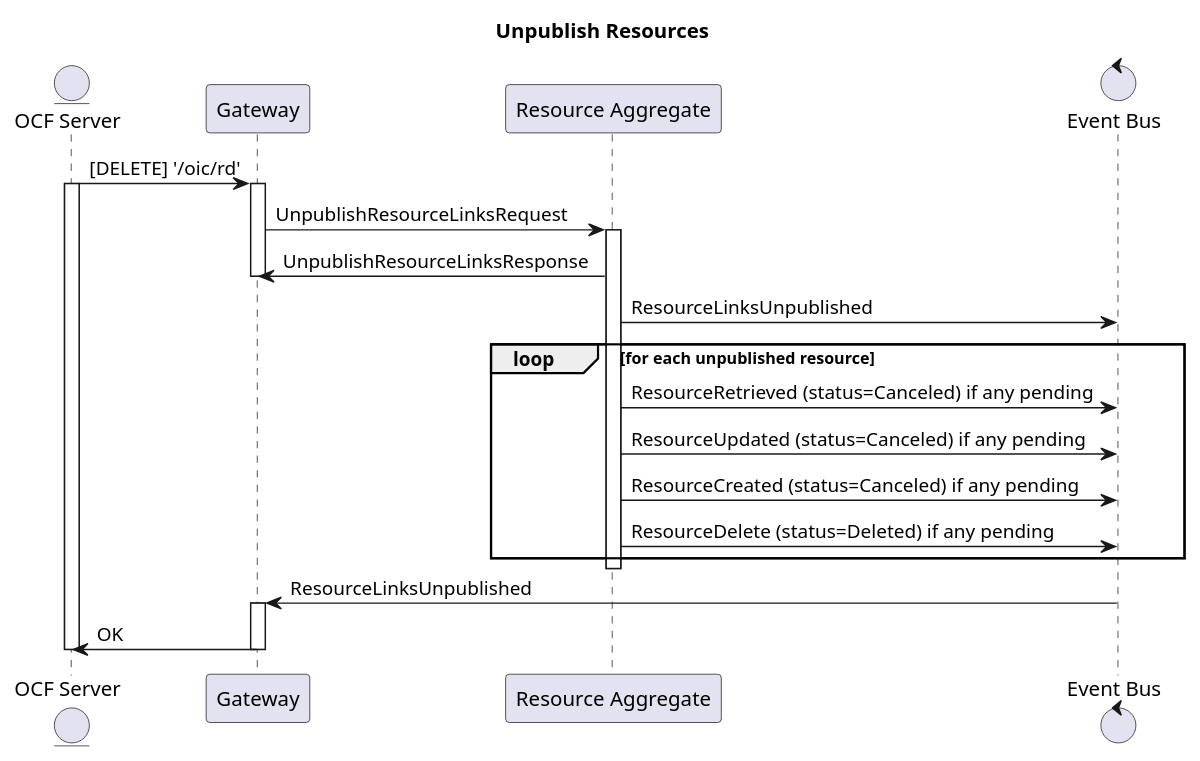
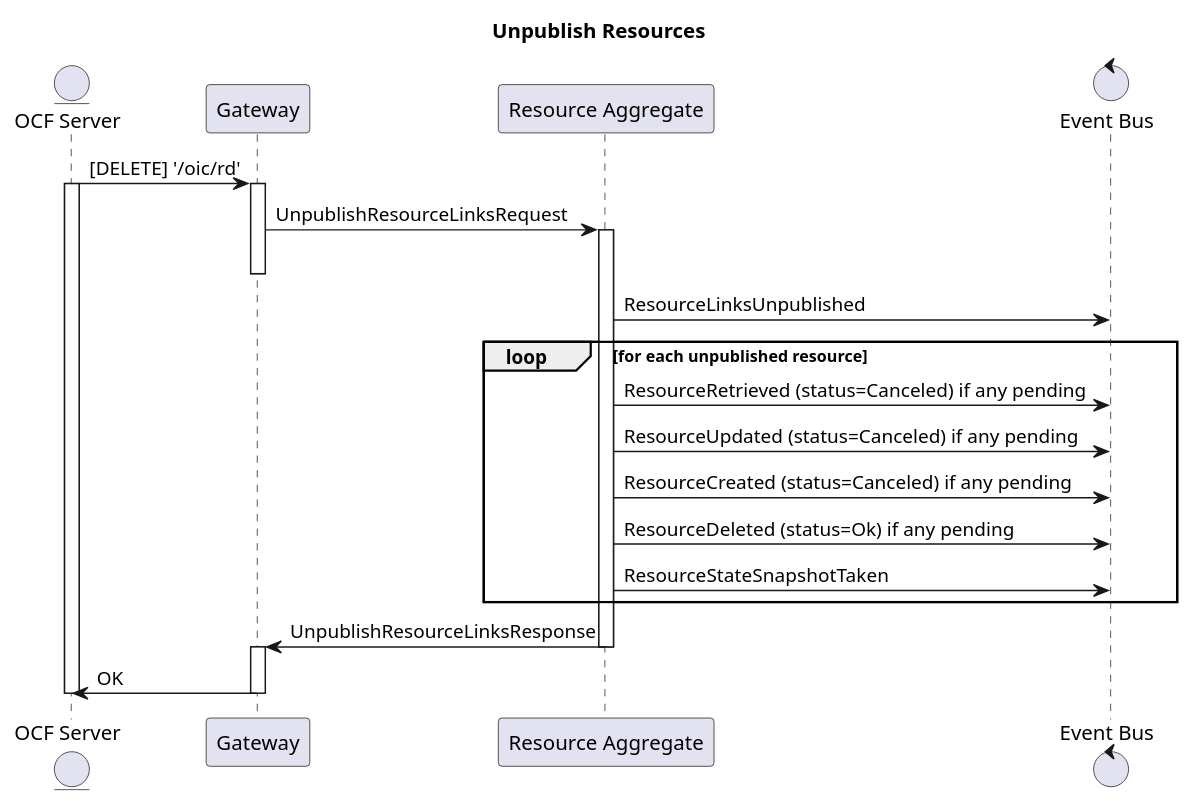
Before and after one commit to plgd-dev/hub: the second of 11 diagrams in resource-aggregate/.plantuml, drawn with PlantUML. The commit also changed other lines of this file and 3 other files, not shown here.

```diff
--- a/resource-aggregate/.plantuml
+++ b/resource-aggregate/.plantuml
@@ -27,31 +24,31 @@
 @startuml
 
 title "Unpublish Resources"
 
 entity "OCF Server" as Server
 participant "Gateway" as Gateway
 participant "Resource Aggregate" as ResourceAggregate
 control "Event Bus" as Bus
 
 Server -> Gateway : [DELETE] '/oic/rd'
 activate Server
 activate Gateway
 Gateway -> ResourceAggregate : UnpublishResourceLinksRequest
 activate ResourceAggregate
-ResourceAggregate -> Gateway : UnpublishResourceLinksResponse
 deactivate Gateway
 ResourceAggregate -> Bus : ResourceLinksUnpublished
 loop for each unpublished resource
     ResourceAggregate -> Bus : ResourceRetrieved (status=Canceled) if any pending
     ResourceAggregate -> Bus : ResourceUpdated (status=Canceled) if any pending
     ResourceAggregate -> Bus : ResourceCreated (status=Canceled) if any pending
-    ResourceAggregate -> Bus : ResourceDelete (status=Deleted) if any pending
+    ResourceAggregate -> Bus : ResourceDeleted (status=Ok) if any pending
+    ResourceAggregate -> Bus : ResourceStateSnapshotTaken
 end
+ResourceAggregate -> Gateway : UnpublishResourceLinksResponse
 deactivate ResourceAggregate
-Gateway <- Bus: ResourceLinksUnpublished
 activate Gateway
 Gateway -> Server : OK
 deactivate Gateway
 deactivate Server
 
 @enduml
```
